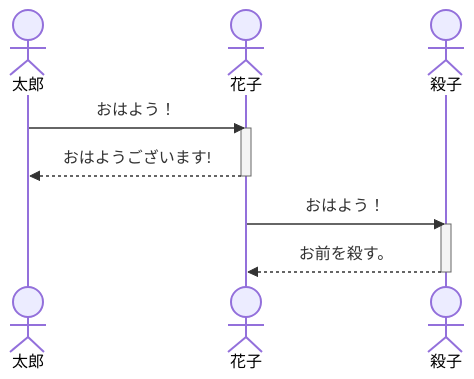
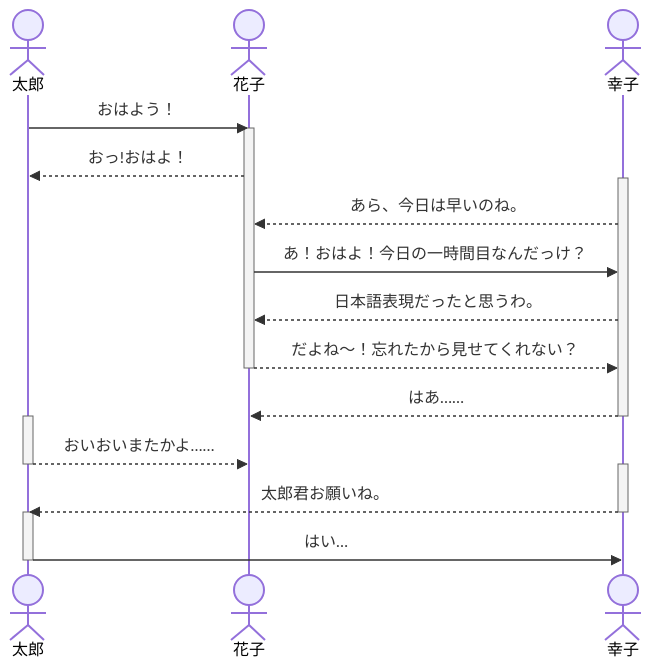
One commit to tpu-game-2023/mermaid_test changed the second of 3 diagrams in README.md. Above: the diagram before and after it, drawn with Mermaid. The commit also changed other lines of this file, not shown here.

````diff
--- a/README.md
+++ b/README.md
@@ -38,14 +38,26 @@
 ```mermaid
 sequenceDiagram
     actor 太郎
     actor 花子
-    actor 殺子
+    actor 幸子
     太郎->>花子: おはよう！
     activate 花子
-    花子-->>太郎: おはようございます!
+    花子-->>太郎: おっ!おはよ！
+    activate 幸子
+     幸子-->>花子: あら、今日は早いのね。
+    花子->>幸子:あ！おはよ！今日の一時間目なんだっけ？
+    幸子-->>花子: 日本語表現だったと思うわ。
+    花子-->>幸子:だよね～！忘れたから見せてくれない？
     deactivate 花子
-    花子->>殺子:おはよう！
-    activate 殺子
-    殺子-->>花子: お前を殺す。
-    deactivate 殺子
+    幸子-->>花子: はあ……
+    deactivate 幸子
+    activate 太郎
+    太郎-->>花子: おいおいまたかよ……
+    deactivate 太郎
+    activate 幸子
+    幸子-->>太郎:太郎君お願いね。
+    deactivate 幸子
+    activate 太郎
+      太郎->>幸子: はい…
+    deactivate 太郎
 ```
````
